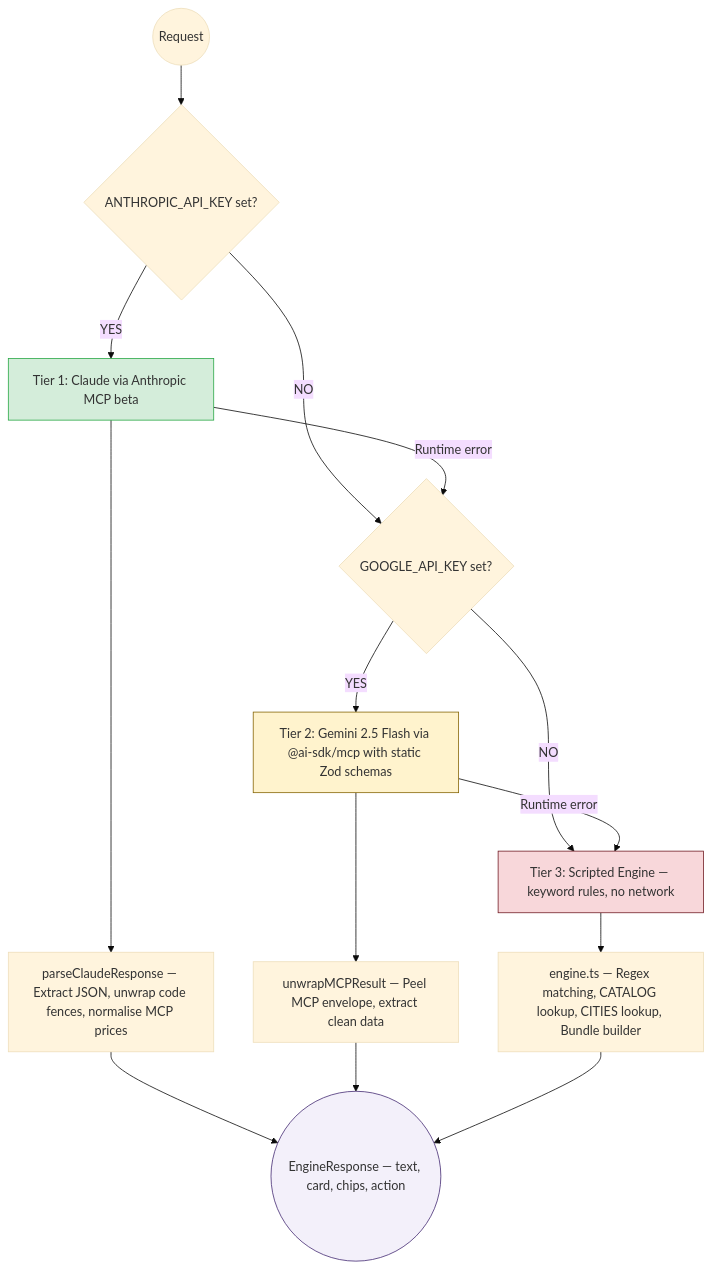
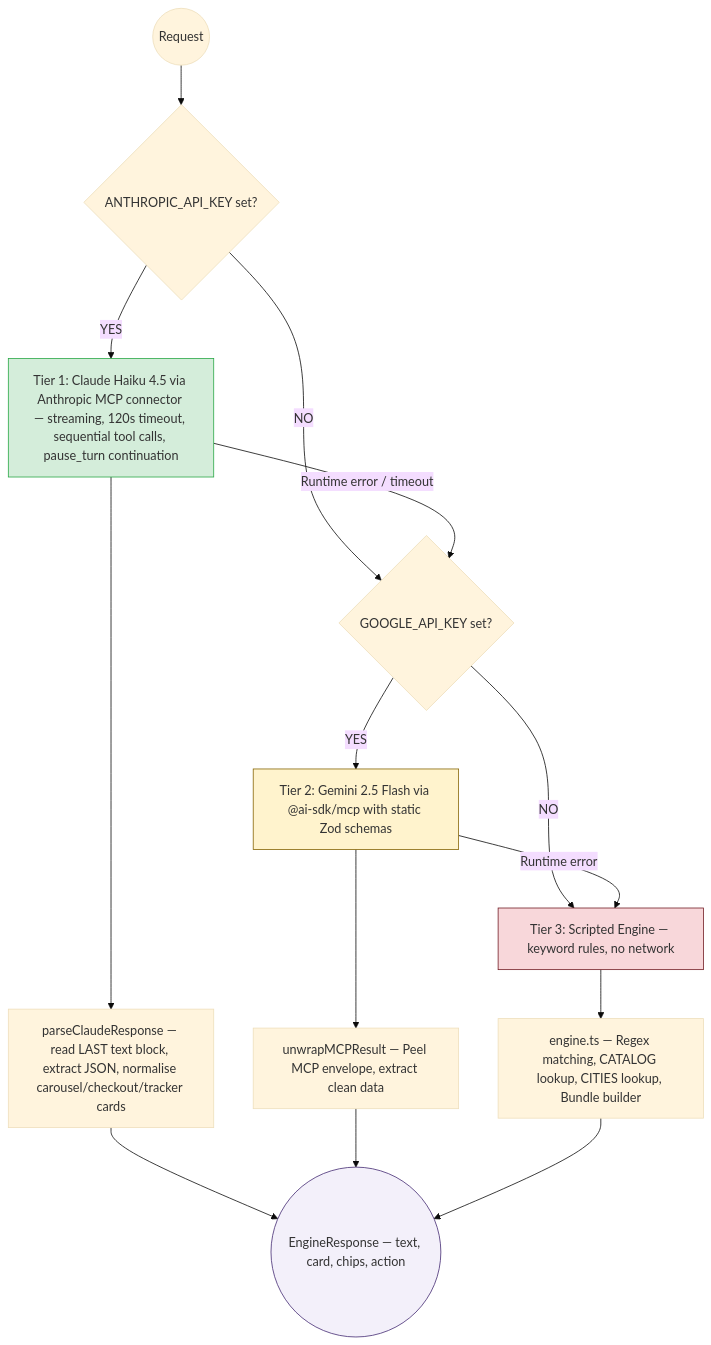
The third of 8 diagrams in README.md (LasaKaru/kapri), drawn with Mermaid (base theme) before and after one commit. The commit also changed other lines of this file, not shown here.

First line of the commit message:
docs: update README for real payments, Haiku 4.5, and hardened MCP integration

````diff
--- a/README.md
+++ b/README.md
@@ -199,27 +210,27 @@
 ```mermaid
 flowchart TD
     REQ((Request)) --> CHECK1{ANTHROPIC_API_KEY set?}
 
-    CHECK1 -- YES --> T1["Tier 1: Claude via Anthropic MCP beta"]
+    CHECK1 -- YES --> T1["Tier 1: Claude Haiku 4.5 via Anthropic MCP connector — streaming, 120s timeout, sequential tool calls, pause_turn continuation"]
     CHECK1 -- NO --> CHECK2
 
-    T1 -- "Runtime error" --> CHECK2{GOOGLE_API_KEY set?}
-    T1 --> PARSE["parseClaudeResponse — Extract JSON, unwrap code fences, normalise MCP prices"]
+    T1 -- "Runtime error / timeout" --> CHECK2{GOOGLE_API_KEY set?}
+    T1 --> PARSE["parseClaudeResponse — read LAST text block, extract JSON, normalise carousel/checkout/tracker cards"]
 
     CHECK2 -- YES --> T2["Tier 2: Gemini 2.5 Flash via @ai-sdk/mcp with static Zod schemas"]
     CHECK2 -- NO --> T3
 
     T2 -- "Runtime error" --> T3["Tier 3: Scripted Engine — keyword rules, no network"]
     T2 --> UNWRAP["unwrapMCPResult — Peel MCP envelope, extract clean data"]
 
     T3 --> ENG["engine.ts — Regex matching, CATALOG lookup, CITIES lookup, Bundle builder"]
 
     PARSE --> RES((EngineResponse — text, card, chips, action))
     UNWRAP --> RES
     ENG --> RES
 
     style T1 fill:#d4edda,stroke:#28a745
     style T2 fill:#fff3cd,stroke:#856404
     style T3 fill:#f8d7da,stroke:#721c24
     style RES fill:#f3f0fa,stroke:#442A73
 ```
````
